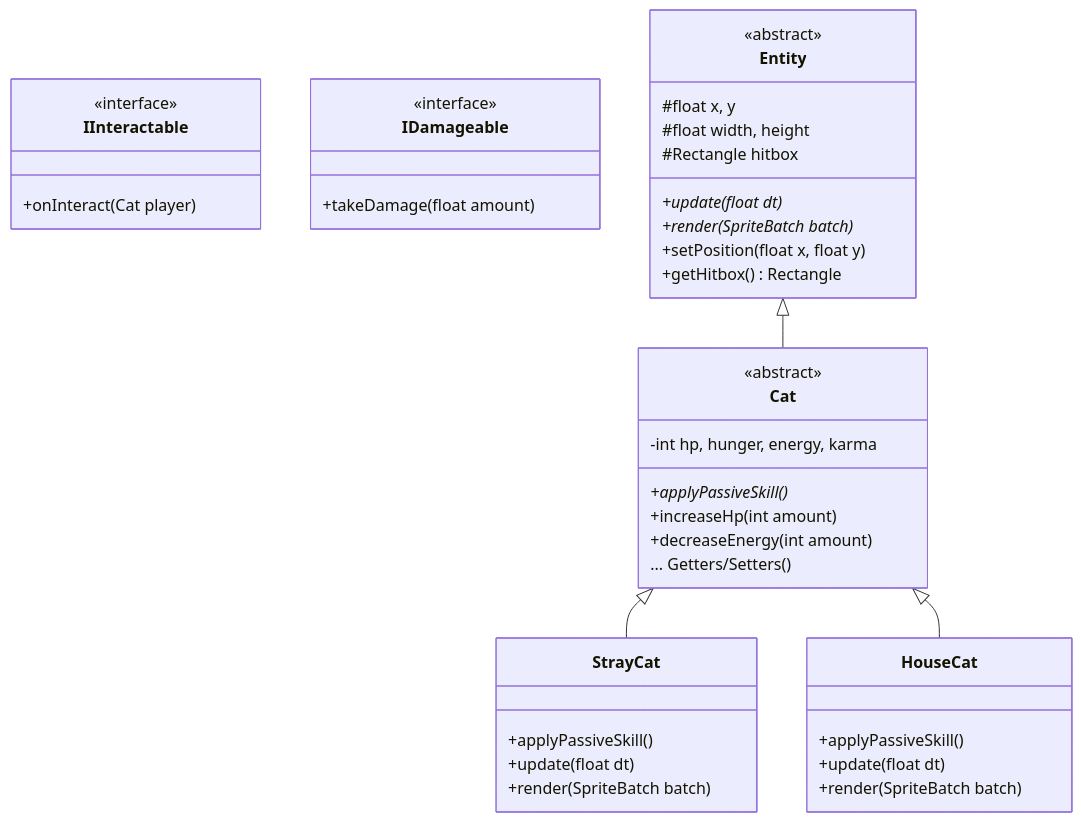
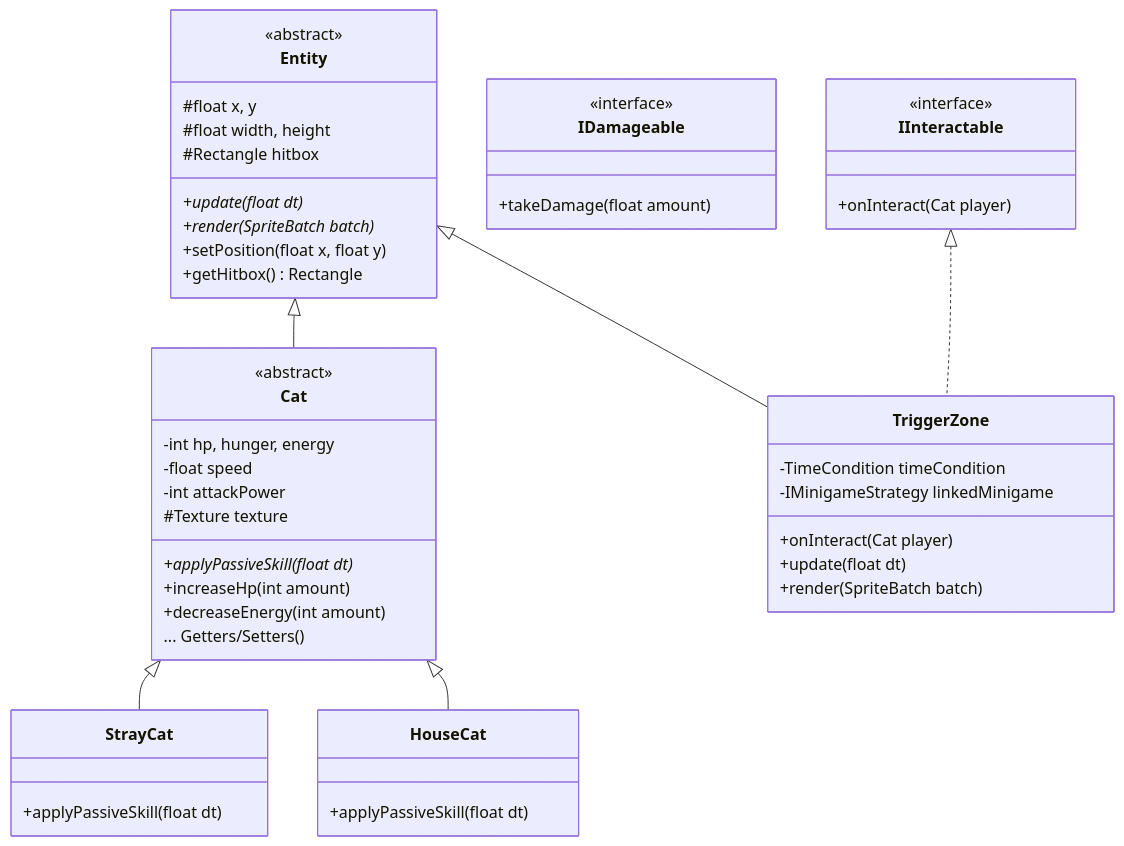
The diagram in docs/Entity_Hierarchy_Explanation.md (retrograderz25/CatLife), drawn with Mermaid before and after one commit. The commit also changed other lines of this file and 14 other files, not shown here.

````diff
--- a/docs/Entity_Hierarchy_Explanation.md
+++ b/docs/Entity_Hierarchy_Explanation.md
@@ -7,47 +7,56 @@
 ```mermaid
 classDiagram
     class IInteractable {
         <<interface>>
         +onInteract(Cat player)
     }
     class IDamageable {
         <<interface>>
         +takeDamage(float amount)
     }
     
     class Entity {
         <<abstract>>
         #float x, y
         #float width, height
         #Rectangle hitbox
         +update(float dt)*
         +render(SpriteBatch batch)*
         +setPosition(float x, float y)
         +getHitbox() Rectangle
     }
     
     class Cat {
         <<abstract>>
-        -int hp, hunger, energy, karma
-        +applyPassiveSkill()*
+        -int hp, hunger, energy
+        -float speed
+        -int attackPower
+        #Texture texture
+        +applyPassiveSkill(float dt)*
         +increaseHp(int amount)
         +decreaseEnergy(int amount)
         ... Getters/Setters()
     }
     
     class StrayCat {
-        +applyPassiveSkill()
-        +update(float dt)
-        +render(SpriteBatch batch)
+        +applyPassiveSkill(float dt)
     }
     
     class HouseCat {
-        +applyPassiveSkill()
+        +applyPassiveSkill(float dt)
+    }
+
+    class TriggerZone {
+        -TimeCondition timeCondition
+        -IMinigameStrategy linkedMinigame
+        +onInteract(Cat player)
         +update(float dt)
         +render(SpriteBatch batch)
     }
 
     Entity <|-- Cat
     Cat <|-- StrayCat
     Cat <|-- HouseCat
+    Entity <|-- TriggerZone
+    IInteractable <|.. TriggerZone
 ```
````
